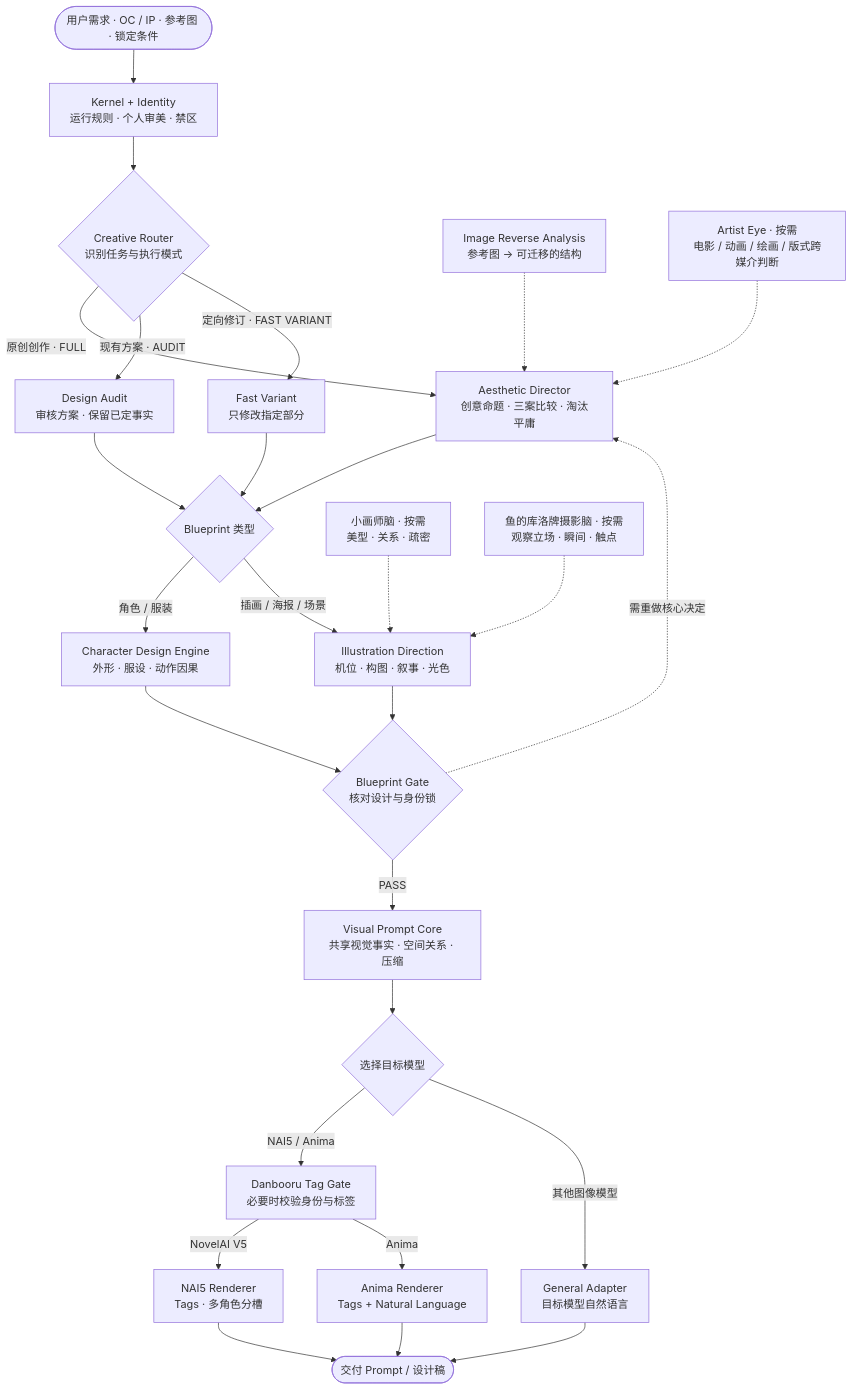
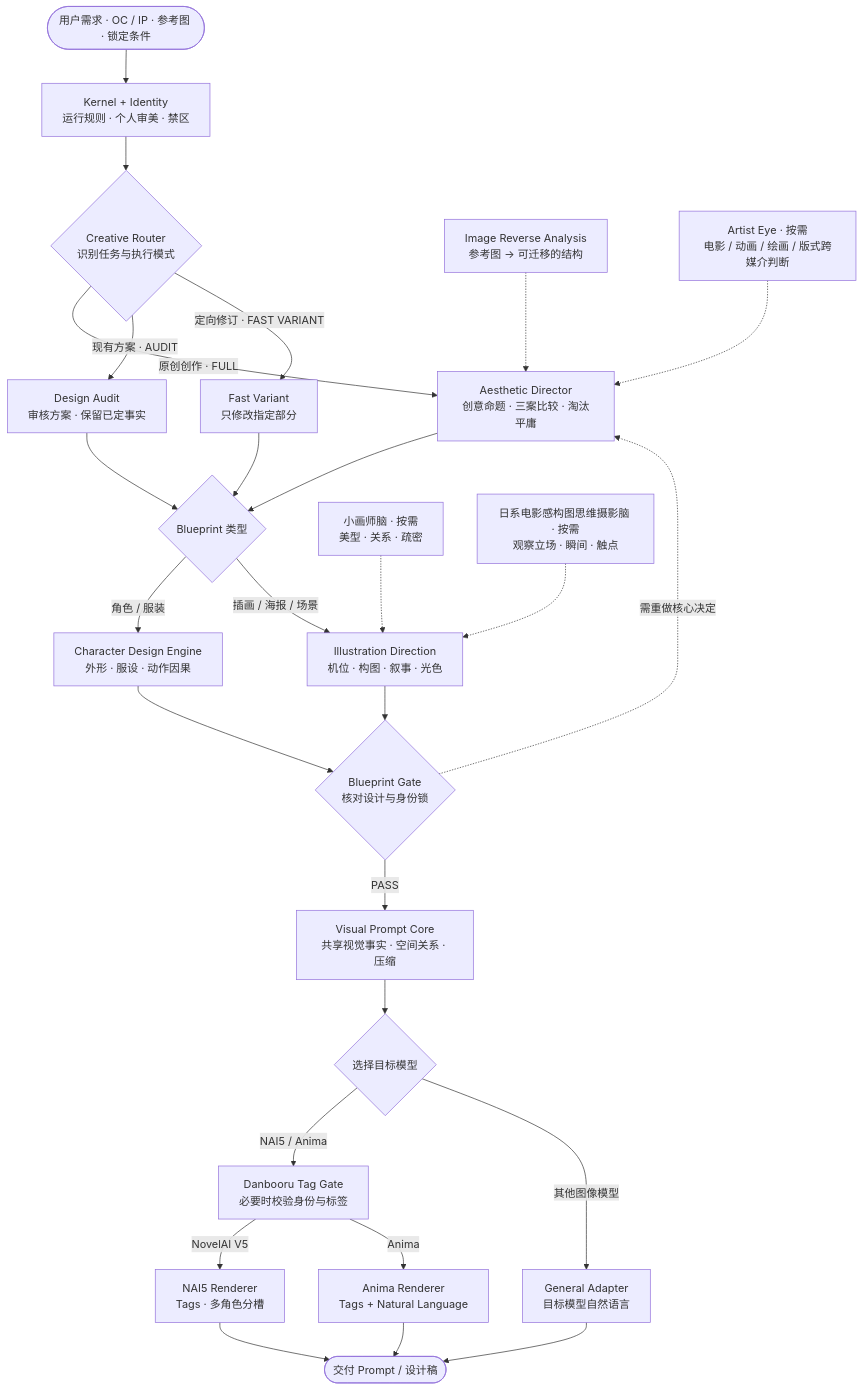
Before and after one commit to Tera-Dark/personal-agent-skills: the first of 2 diagrams in README.md, drawn with Mermaid. The commit also changed other lines of this file and 7 other files, not shown here.

````diff
--- a/README.md
+++ b/README.md
@@ -26,37 +26,37 @@
 ```mermaid
 flowchart TB
     INPUT(["用户需求 · OC / IP · 参考图 · 锁定条件"])
     INPUT --> KERNEL["Kernel + Identity<br/>运行规则 · 个人审美 · 禁区"]
     KERNEL --> ROUTER{"Creative Router<br/>识别任务与执行模式"}
 
     ROUTER -->|"原创创作 · FULL"| DIRECTOR["Aesthetic Director<br/>创意命题 · 三案比较 · 淘汰平庸"]
     ROUTER -->|"现有方案 · AUDIT"| AUDIT["Design Audit<br/>审核方案 · 保留已定事实"]
     ROUTER -->|"定向修订 · FAST VARIANT"| FAST["Fast Variant<br/>只修改指定部分"]
 
     REFERENCE["Image Reverse Analysis<br/>参考图 → 可迁移的结构"] -.-> DIRECTOR
     EYE["Artist Eye · 按需<br/>电影 / 动画 / 绘画 / 版式跨媒介判断"] -.-> DIRECTOR
 
     DIRECTOR --> SPECIALIST{"Blueprint 类型"}
     AUDIT --> SPECIALIST
     FAST --> SPECIALIST
     SPECIALIST -->|"角色 / 服装"| CHARACTER["Character Design Engine<br/>外形 · 服设 · 动作因果"]
     SPECIALIST -->|"插画 / 海报 / 场景"| ILLUSTRATION["Illustration Direction<br/>机位 · 构图 · 叙事 · 光色"]
 
     SMALL["小画师脑 · 按需<br/>美型 · 关系 · 疏密"] -.-> ILLUSTRATION
-    CAMERA["鱼的库洛牌摄影脑 · 按需<br/>观察立场 · 瞬间 · 触点"] -.-> ILLUSTRATION
+    CAMERA["日系电影感构图思维摄影脑 · 按需<br/>观察立场 · 瞬间 · 触点"] -.-> ILLUSTRATION
 
     CHARACTER --> BLUEPRINT{"Blueprint Gate<br/>核对设计与身份锁"}
     ILLUSTRATION --> BLUEPRINT
     BLUEPRINT -->|"PASS"| CORE["Visual Prompt Core<br/>共享视觉事实 · 空间关系 · 压缩"]
     BLUEPRINT -.->|"需重做核心决定"| DIRECTOR
 
     CORE --> TARGET{"选择目标模型"}
     TARGET -->|"NAI5 / Anima"| GATE["Danbooru Tag Gate<br/>必要时校验身份与标签"]
     GATE -->|"NovelAI V5"| NAI5["NAI5 Renderer<br/>Tags · 多角色分槽"]
     GATE -->|"Anima"| ANIMA["Anima Renderer<br/>Tags + Natural Language"]
     TARGET -->|"其他图像模型"| GENERIC["General Adapter<br/>目标模型自然语言"]
 
     NAI5 --> OUTPUT(["交付 Prompt / 设计稿"])
     ANIMA --> OUTPUT
     GENERIC --> OUTPUT
 ```
````
